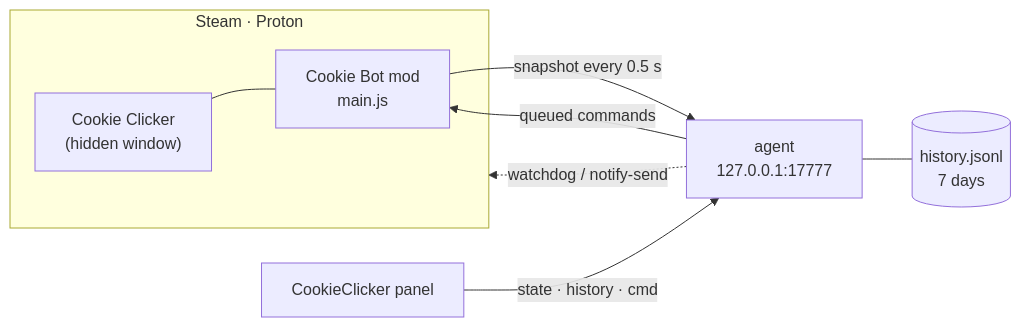
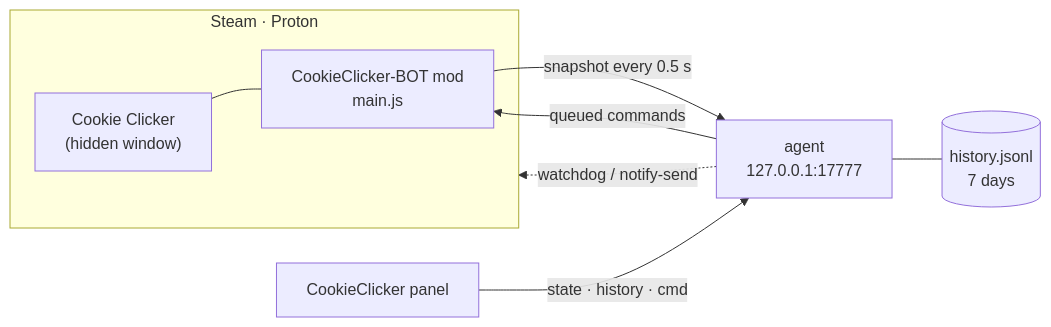
The diagram in README.en.md (d1sold/CookieClicker-BOT), drawn with Mermaid before and after one commit. The commit also changed other lines of this file and 10 other files, not shown here.

First line of the commit message:
chore: rename project to CookieClicker-BOT

````diff
--- a/README.en.md
+++ b/README.en.md
@@ -92,11 +92,11 @@
 ```mermaid
 flowchart LR
     subgraph Steam["Steam · Proton"]
-        G["Cookie Clicker<br/>(hidden window)"] --- M["Cookie Bot mod<br/>main.js"]
+        G["Cookie Clicker<br/>(hidden window)"] --- M["CookieClicker-BOT mod<br/>main.js"]
     end
     M -- "snapshot every 0.5 s" --> A["agent<br/>127.0.0.1:17777"]
     A -- "queued commands" --> M
     A --- D[("history.jsonl<br/>7 days")]
     P["CookieClicker panel"] -- "state · history · cmd" --> A
     A -. "watchdog / notify-send" .-> Steam
 ```
````
